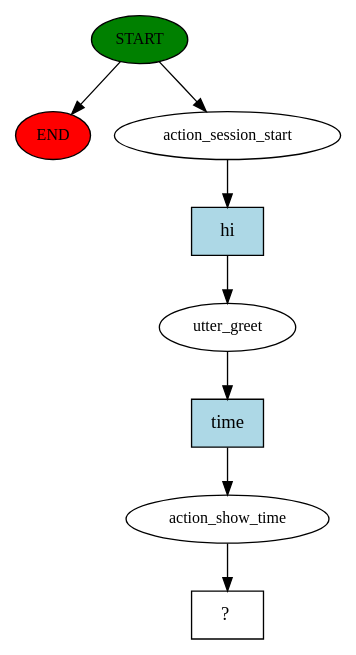
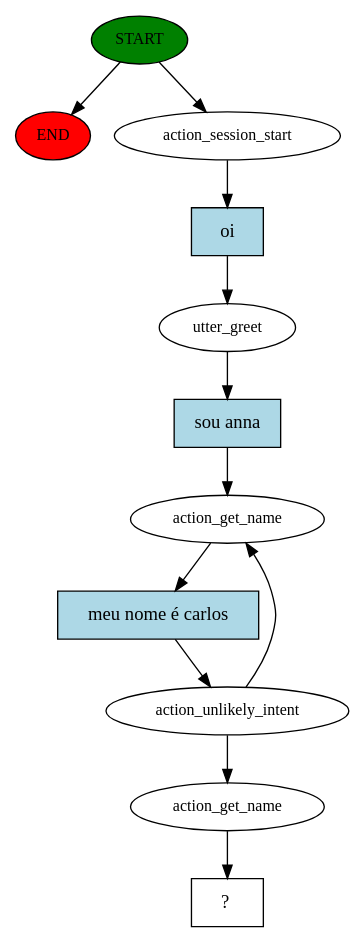
One commit to NatanSomeone/RASA-DGP2022 changed the diagram in DGP-2022/story_graph.dot. Above: the diagram before and after it, drawn with Graphviz. The commit also changed 8 other files, not shown here.

```diff
--- a/DGP-2022/story_graph.dot
+++ b/DGP-2022/story_graph.dot
@@ -1,17 +1,24 @@
 digraph  {
 0 [class="start active", fillcolor=green, fontsize=12, label=START, style=filled];
 "-1" [class=end, fillcolor=red, fontsize=12, label=END, style=filled];
 1 [class=active, fontsize=12, label=action_session_start];
 2 [class=active, fontsize=12, label=utter_greet];
-3 [class=active, fontsize=12, label=action_show_time];
-4 [class="intent dashed active", label="  ?  ", shape=rect];
-5 [class="intent active", fillcolor=lightblue, label=hi, shape=rect, style=filled];
-6 [class="intent active", fillcolor=lightblue, label=time, shape=rect, style=filled];
+3 [class=active, fontsize=12, label=action_get_name];
+4 [class=active, fontsize=12, label=action_unlikely_intent];
+7 [class=active, fontsize=12, label=action_get_name];
+8 [class="intent dashed active", label="  ?  ", shape=rect];
+9 [class="intent active", fillcolor=lightblue, label=oi, shape=rect, style=filled];
+10 [class="intent active", fillcolor=lightblue, label="sou anna", shape=rect, style=filled];
+11 [class="intent active", fillcolor=lightblue, label="meu nome é carlos", shape=rect, style=filled];
 0 -> "-1"  [class="", key=NONE, label=""];
 0 -> 1  [class=active, key=NONE, label=""];
-1 -> 5  [class=active, key=0];
-2 -> 6  [class=active, key=0];
-3 -> 4  [class=active, key=NONE, label=""];
-5 -> 2  [class=active, key=0];
-6 -> 3  [class=active, key=0];
+1 -> 9  [class=active, key=0];
+2 -> 10  [class=active, key=0];
+3 -> 11  [class=active, key=0];
+4 -> 3  [class=active, key=NONE, label=""];
+4 -> 7  [class=active, key=NONE, label=""];
+7 -> 8  [class=active, key=NONE, label=""];
+9 -> 2  [class=active, key=0];
+10 -> 3  [class=active, key=0];
+11 -> 4  [class=active, key=0];
 }
```
